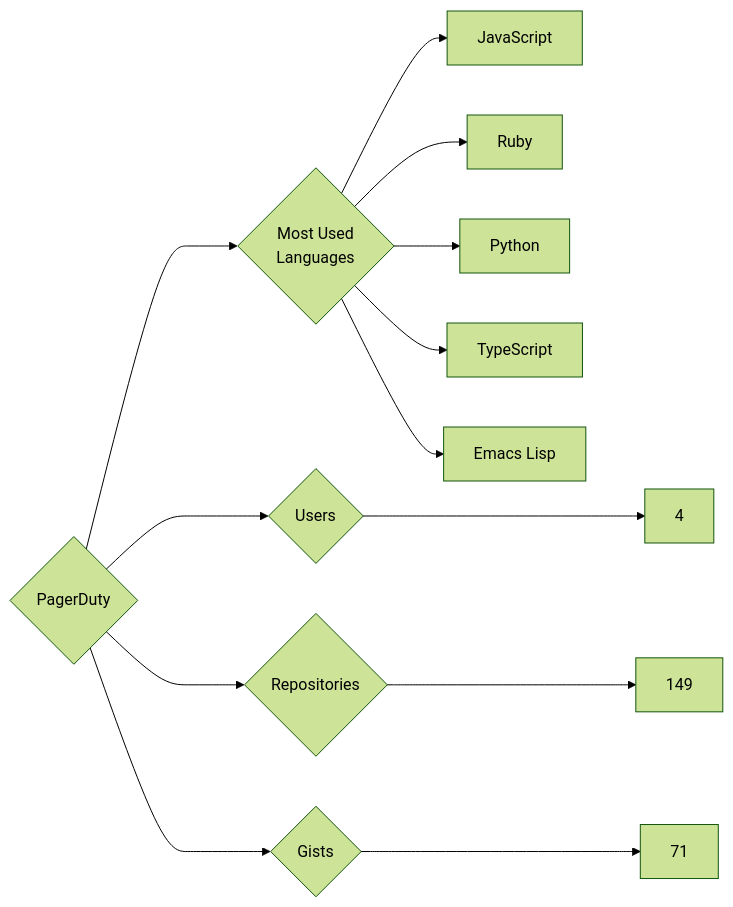
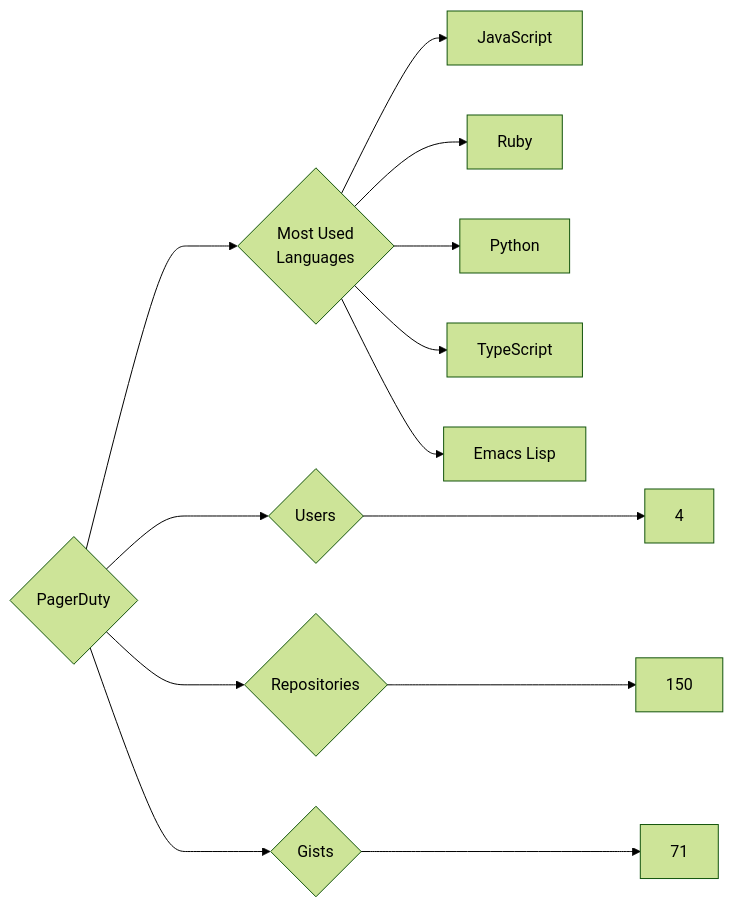
Before and after one commit to trickest/insiders: the diagram in targets/PagerDuty/README.md, drawn with Mermaid (forest theme). The commit also changed 681 other files, not shown here.

````diff
--- a/targets/PagerDuty/README.md
+++ b/targets/PagerDuty/README.md
@@ -3,13 +3,13 @@
 ```mermaid
 graph LR
 COMPANY_NAME{PagerDuty}
 COMPANY_NAME ---> U{Users} ---> UN[4]
-COMPANY_NAME ---> R{Repositories} ---> RN[149]
+COMPANY_NAME ---> R{Repositories} ---> RN[150]
 COMPANY_NAME ---> G{Gists} ---> GN[71]
 COMPANY_NAME ---> ML{Most Used<br>Languages}
 ML --> JavaScript[JavaScript]
 ML --> Ruby[Ruby]
 ML --> Python[Python]
 ML --> TypeScript[TypeScript]
 ML --> Emacs_Lisp[Emacs Lisp]
 ```
````
